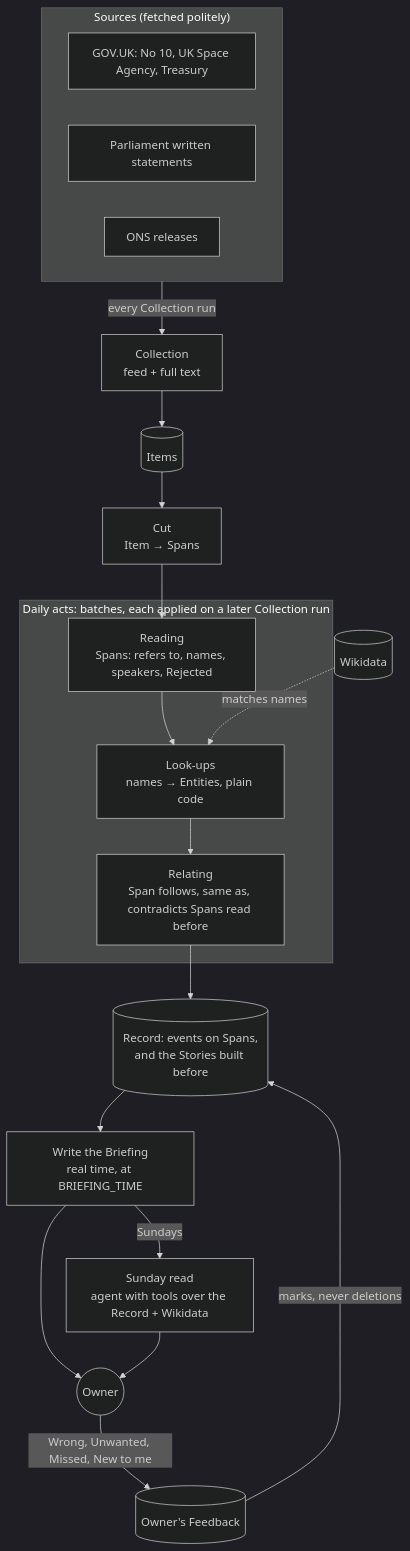
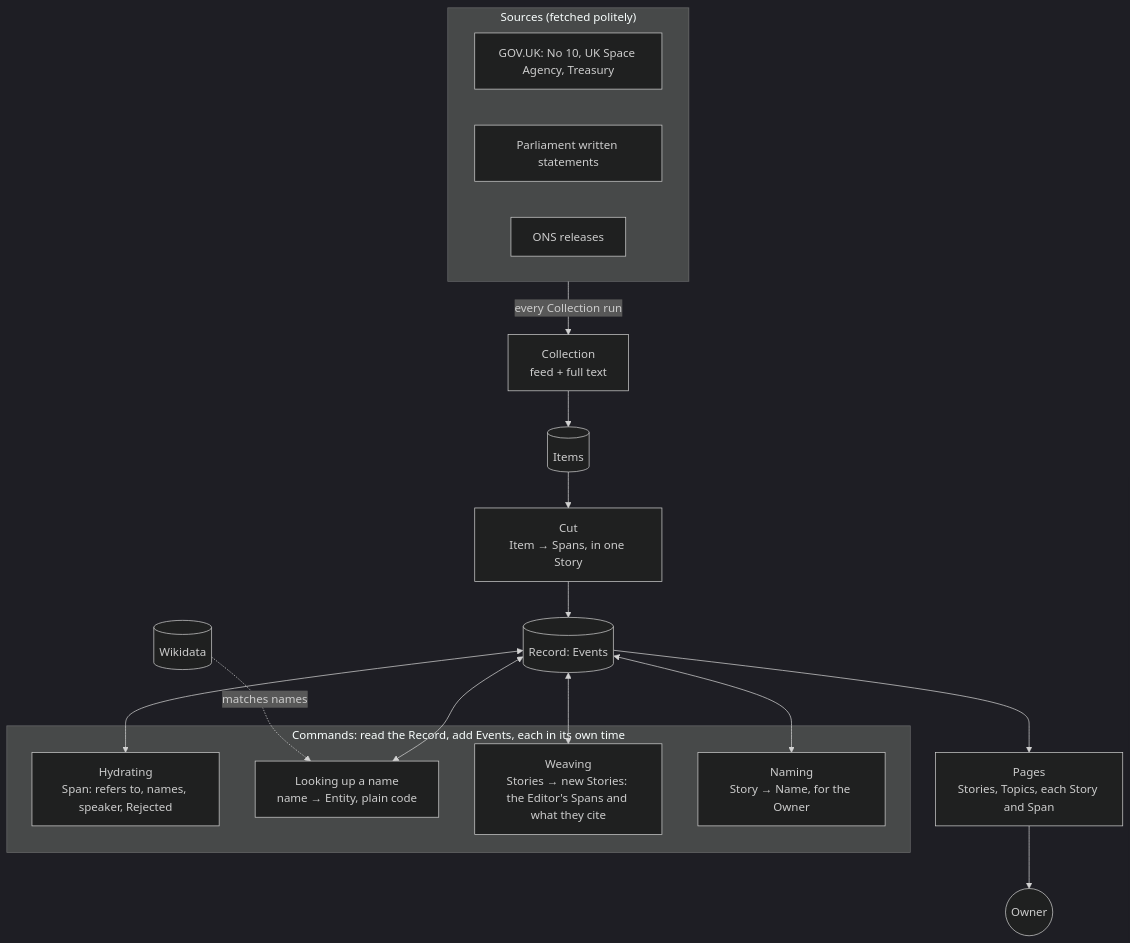
One commit to samthorold/go-slow changed the diagram in README.md. Above: the diagram before and after it, drawn with Mermaid (dark theme). The commit also changed other lines of this file and 3 other files, not shown here.

````diff
--- a/README.md
+++ b/README.md
@@ -13,33 +13,29 @@
 ```mermaid
 flowchart TD
     subgraph Sources["Sources (fetched politely)"]
         GOV[GOV.UK: No 10, UK Space Agency, Treasury]
         PARL[Parliament written statements]
         ONS[ONS releases]
     end
 
     Sources -->|every Collection run| COLLECT[Collection<br/>feed + full text]
     COLLECT --> ITEMS[(Items)]
-    ITEMS --> CUT[Cut<br/>Item → Spans]
-    CUT --> READ
+    ITEMS --> CUT[Cut<br/>Item → Spans, in one Story]
+    CUT --> RECORD[(Record: Events)]
 
-    subgraph Batches["Daily acts: batches, each applied on a later Collection run"]
-        READ[Reading<br/>Spans: refers to, names, speakers, Rejected]
-        LOOKUP[Look-ups<br/>names → Entities, plain code]
-        RELATE[Relating<br/>Span follows, same as, contradicts Spans read before]
-        READ --> LOOKUP --> RELATE
+    subgraph Commands["Commands: read the Record, add Events, each in its own time"]
+        HYDRATE[Hydrating<br/>Span: refers to, names, speaker, Rejected]
+        LOOKUP[Looking up a name<br/>name → Entity, plain code]
+        WEAVE[Weaving<br/>Stories → new Stories: the Editor's Spans and what they cite]
+        NAME[Naming<br/>Story → Name, for the Owner]
     end
 
+    RECORD <--> HYDRATE
+    RECORD <--> LOOKUP
+    RECORD <--> WEAVE
+    RECORD <--> NAME
     WD[(Wikidata)] -.->|matches names| LOOKUP
-    FB[(Owner's Feedback)]
 
-    RELATE --> RECORD[(Record: events on Spans,<br/>and the Stories built before)]
-
-    RECORD --> BRIEF[Write the Briefing<br/>real time, at BRIEFING_TIME]
-    BRIEF -->|Sundays| SUNDAY[Sunday read<br/>agent with tools over the Record + Wikidata]
-
-    BRIEF --> OWNER((Owner))
-    SUNDAY --> OWNER
-    OWNER -->|Wrong, Unwanted, Missed, New to me| FB
-    FB -->|marks, never deletions| RECORD
+    RECORD --> PAGES[Pages<br/>Stories, Topics, each Story and Span]
+    PAGES --> OWNER((Owner))
 ```
````
